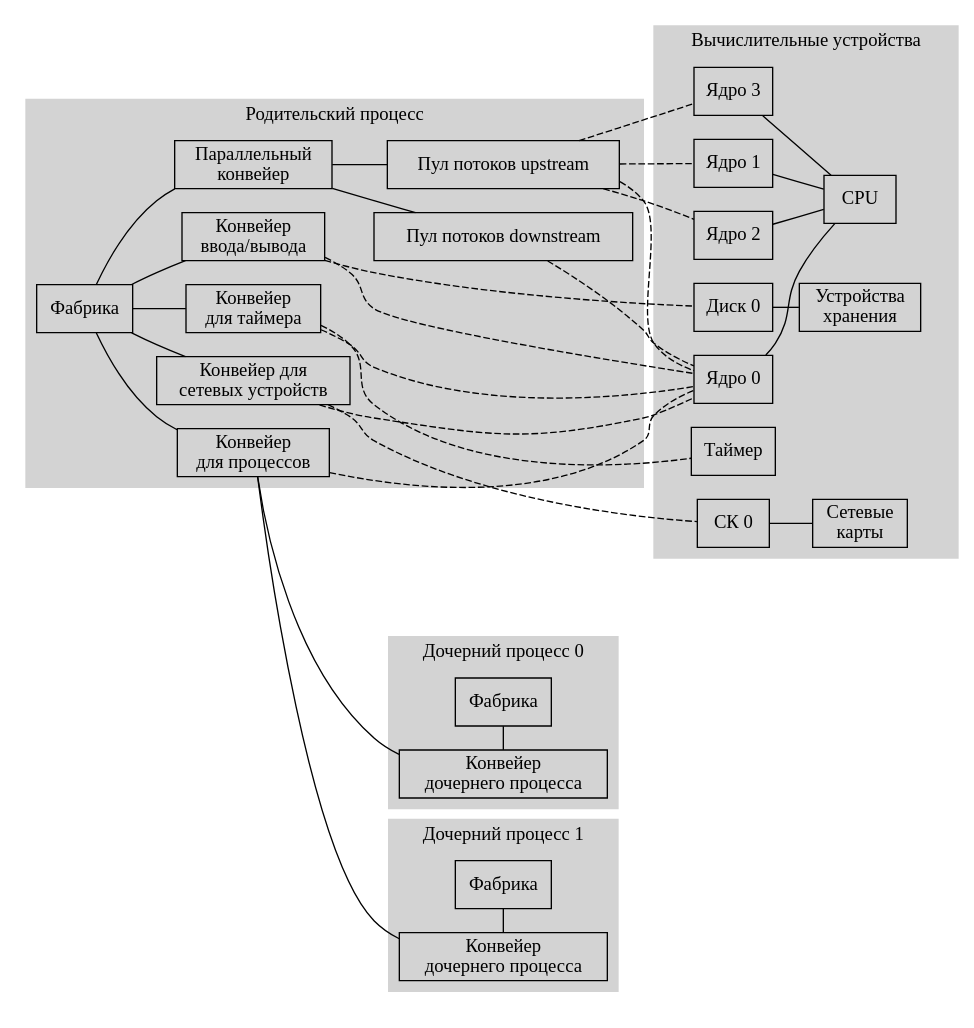
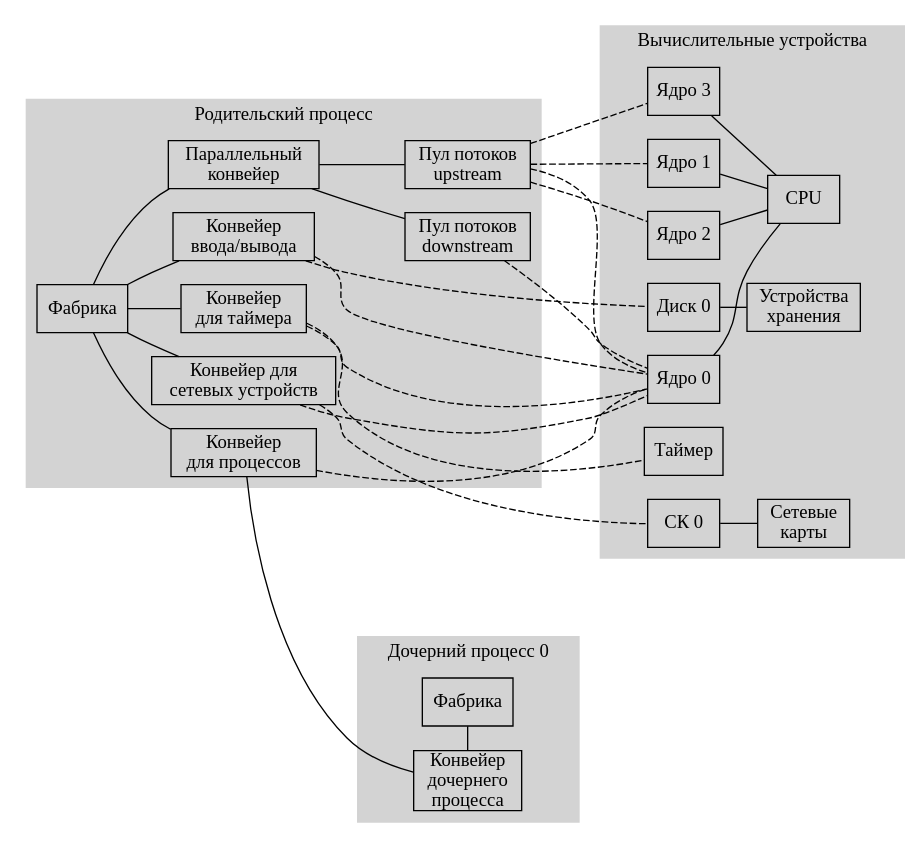
Before and after one commit to igankevich/arma-thesis: the second of 3 diagrams in phd-diss-ru.org, drawn with Graphviz. The commit also changed other lines of this file and 4 other files, not shown here.

```diff
--- a/phd-diss-ru.org
+++ b/phd-diss-ru.org
@@ -2031,7 +2039,7 @@
 #+begin_src dot :exports results :file build/subord-ppl-ru.pdf
 graph G {
 
-  node [fontsize=14,margin="0.055,0",shape=box]
+  node [fontname="Old Standard",fontsize=14,margin="0.055,0",shape=box]
   graph [nodesep="0.25",ranksep="0.25",rankdir="LR"]
   edge [arrowsize=0.66]
 
@@ -2047,8 +2055,8 @@
     net_ppl [label="Конвейер для\nсетевых устройств"]
     proc_ppl [label="Конвейер\nдля процессов"]
 
-    upstream [label="Пул потоков upstream"]
-    downstream [label="Пул потоков downstream"]
+    upstream [label="Пул потоков\nupstream"]
+    downstream [label="Пул потоков\ndownstream"]
   }
 
   factory--parallel_ppl
@@ -2110,24 +2118,24 @@
       color=lightgrey
 
       app0_factory [label="Фабрика"]
-      app0 [label="Конвейер\nдочернего процесса"]
+      app0 [label="Конвейер\nдочернего\nпроцесса"]
     }
 
-    subgraph cluster_child1 {
-      label="Дочерний процесс 1"
-      style=filled
-      color=lightgrey
-
-      app1_factory [label="Фабрика"]
-      app1 [label="Конвейер\nдочернего процесса"]
-    }
+#    subgraph cluster_child1 {
+#      label="Дочерний процесс 1"
+#      style=filled
+#      color=lightgrey
+#
+#      app1_factory [label="Фабрика"]
+#      app1 [label="Конвейер\nдочернего процесса"]
+#    }
   }
 
   proc_ppl--app0
-  proc_ppl--app1
+#  proc_ppl--app1
 
   app0_factory--app0 [constraint=false]
-  app1_factory--app1 [constraint=false]
+#  app1_factory--app1 [constraint=false]
 
 }
 #+end_src
```
